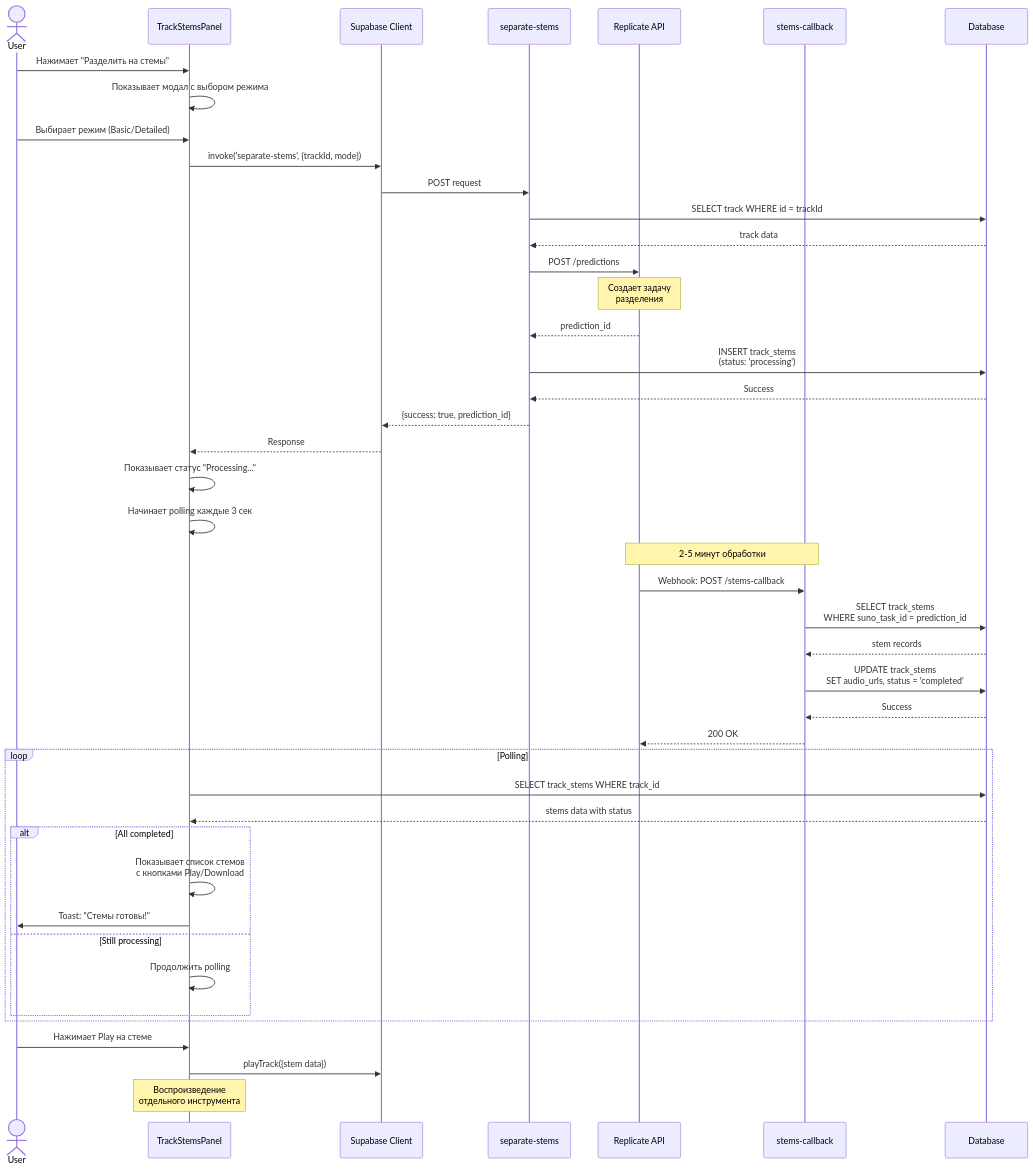
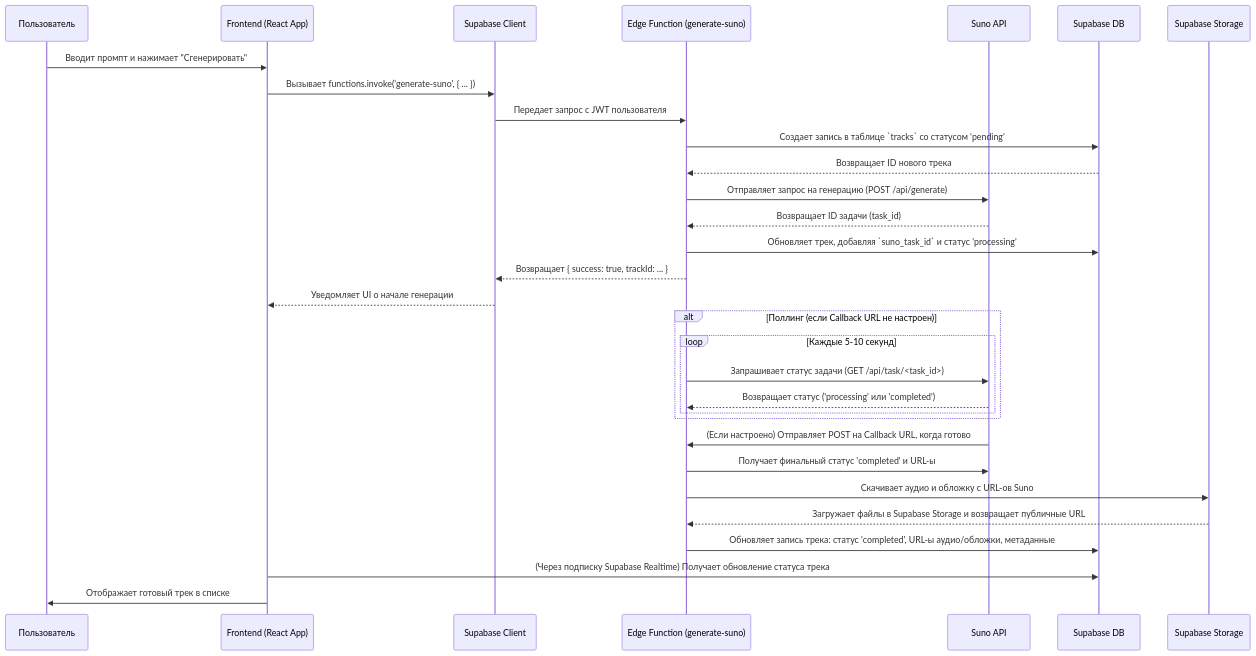
The diagram in docs/USER_FLOWS.md (HOW2AI-AGENCY/albert3-muse-synth-studio), drawn with Mermaid before and after one commit. The commit also changed other lines of this file and 5 other files, not shown here.

````diff
--- a/docs/USER_FLOWS.md
+++ b/docs/USER_FLOWS.md
@@ -243,60 +21,42 @@
 ```mermaid
 sequenceDiagram
-    actor User
-    participant UI as TrackStemsPanel
-    participant API as Supabase Client
-    participant EF as separate-stems
-    participant Rep as Replicate API
-    participant CB as stems-callback
-    participant DB as Database
+    participant User as Пользователь
+    participant FE as Frontend (React App)
+    participant Supabase as Supabase Client
+    participant EdgeFunc as Edge Function (generate-suno)
+    participant Suno as Suno API
+    participant DB as Supabase DB
+    participant Storage as Supabase Storage
+
+    User->>FE: Вводит промпт и нажимает "Сгенерировать"
+    FE->>Supabase: Вызывает functions.invoke('generate-suno', { ... })
+    Supabase->>EdgeFunc: Передает запрос с JWT пользователя
     
-    User->>UI: Нажимает "Разделить на стемы"
-    UI->>UI: Показывает модал с выбором режима
+    EdgeFunc->>DB: Создает запись в таблице `tracks` со статусом 'pending'
+    DB-->>EdgeFunc: Возвращает ID нового трека
     
-    User->>UI: Выбирает режим (Basic/Detailed)
-    UI->>API: invoke('separate-stems', {trackId, mode})
+    EdgeFunc->>Suno: Отправляет запрос на генерацию (POST /api/generate)
+    Suno-->>EdgeFunc: Возвращает ID задачи (task_id)
     
-    API->>EF: POST request
-    EF->>DB: SELECT track WHERE id = trackId
-    DB-->>EF: track data
+    EdgeFunc->>DB: Обновляет трек, добавляя `suno_task_id` и статус 'processing'
+    EdgeFunc-->>Supabase: Возвращает { success: true, trackId: ... }
+    Supabase-->>FE: Уведомляет UI о начале генерации
     
-    EF->>Rep: POST /predictions
-    Note over Rep: Создает задачу<br/>разделения
-    Rep-->>EF: prediction_id
-    
-    EF->>DB: INSERT track_stems<br/>(status: 'processing')
-    DB-->>EF: Success
-    
-    EF-->>API: {success: true, prediction_id}
-    API-->>UI: Response
-    
-    UI->>UI: Показывает статус "Processing..."
-    UI->>UI: Начинает polling каждые 3 сек
-    
-    Note over Rep,CB: 2-5 минут обработки
-    
-    Rep->>CB: Webhook: POST /stems-callback
-    CB->>DB: SELECT track_stems<br/>WHERE suno_task_id = prediction_id
-    DB-->>CB: stem records
-    
-    CB->>DB: UPDATE track_stems<br/>SET audio_urls, status = 'completed'
-    DB-->>CB: Success
-    
-    CB-->>Rep: 200 OK
-    
-    loop Polling
-        UI->>DB: SELECT track_stems WHERE track_id
-        DB-->>UI: stems data with status
-        
-        alt All completed
-            UI->>UI: Показывает список стемов<br/>с кнопками Play/Download
-            UI->>User: Toast: "Стемы готовы!"
-        else Still processing
-            UI->>UI: Продолжить polling
+    alt Поллинг (если Callback URL не настроен)
+        loop Каждые 5-10 секунд
+            EdgeFunc->>Suno: Запрашивает статус задачи (GET /api/task/<task_id>)
+            Suno-->>EdgeFunc: Возвращает статус ('processing' или 'completed')
         end
     end
+
+    Suno->>EdgeFunc: (Если настроено) Отправляет POST на Callback URL, когда готово
+
+    EdgeFunc->>Suno: Получает финальный статус 'completed' и URL-ы
+    EdgeFunc->>Storage: Скачивает аудио и обложку с URL-ов Suno
+    Storage-->>EdgeFunc: Загружает файлы в Supabase Storage и возвращает публичные URL
     
-    User->>UI: Нажимает Play на стеме
-    UI->>API: playTrack({stem data})
-    Note over UI: Воспроизведение<br/>отдельного инструмента
+    EdgeFunc->>DB: Обновляет запись трека: статус 'completed', URL-ы аудио/обложки, метаданные
+    
+    FE->>DB: (Через подписку Supabase Realtime) Получает обновление статуса трека
+    FE->>User: Отображает готовый трек в списке
 ```
````
